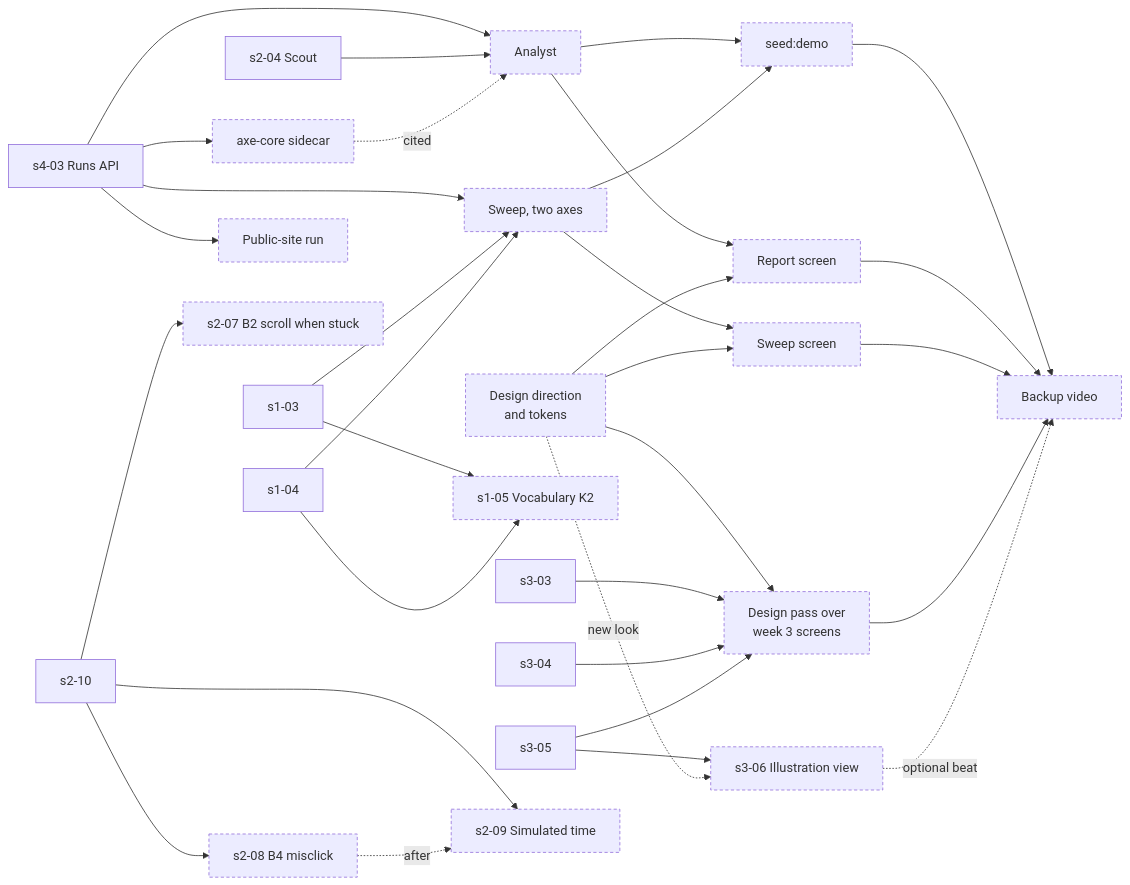
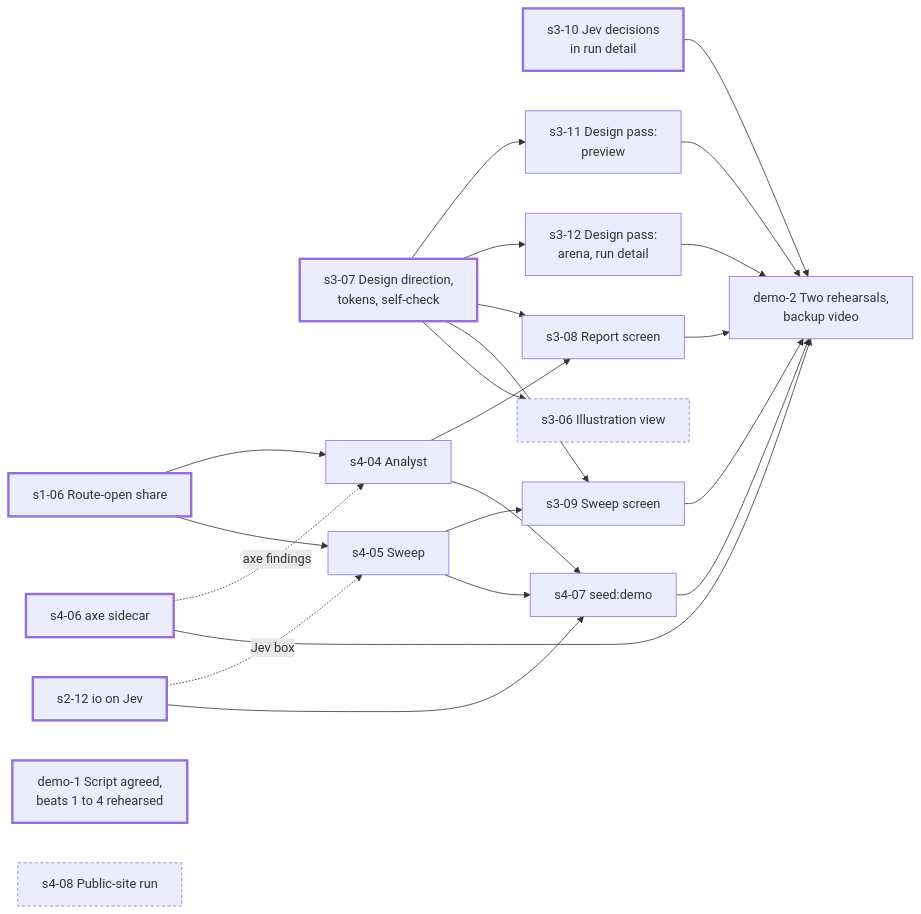
The diagram in docs/ROADMAP.md (CShark-Hub/wayford), drawn with Mermaid before and after one commit. The commit also changed other lines of this file and 24 other files, not shown here.

````diff
--- a/docs/ROADMAP.md
+++ b/docs/ROADMAP.md
@@ -186,63 +142,49 @@
 ```mermaid
 flowchart LR
-  classDef prelim stroke-dasharray:4 3
+  classDef ready stroke-width:3px
+  classDef optional stroke-dasharray:4 3
 
-  s1_03["s1-03"]
-  s1_04["s1-04"]
-  s2_04["s2-04 Scout"]
-  s4_03["s4-03 Runs API"]
-  s3_03["s3-03"]
-  s3_04["s3-04"]
-  s3_05["s3-05"]
-  s2_10["s2-10"]
 
-  s1_05["s1-05 Vocabulary K2"]
-  design["Design direction<br/>and tokens"]
-  analyst["Analyst"]
-  report["Report screen"]
-  sweep["Sweep, two axes"]
-  sweepUI["Sweep screen"]
-  axe["axe-core sidecar"]
-  pass["Design pass over<br/>week 3 screens"]
-  demo["seed:demo"]
-  site["Public-site run"]
-  video["Backup video"]
+  s3_07["s3-07 Design direction,<br/>tokens, self-check"]
+  s1_06["s1-06 Route-open share"]
+  s4_06["s4-06 axe sidecar"]
+  s2_12["s2-12 io on Jev"]
+  s3_10["s3-10 Jev decisions<br/>in run detail"]
+  s4_04["s4-04 Analyst"]
+  s4_05["s4-05 Sweep"]
+  s3_11["s3-11 Design pass:<br/>preview"]
+  s3_12["s3-12 Design pass:<br/>arena, run detail"]
+  s3_08["s3-08 Report screen"]
+  s3_09["s3-09 Sweep screen"]
+  s4_07["s4-07 seed:demo"]
+  demo1["demo-1 Script agreed,<br/>beats 1 to 4 rehearsed"]
+  demo2["demo-2 Two rehearsals,<br/>backup video"]
+
   s3_06["s3-06 Illustration view"]
-  s2_07["s2-07 B2 scroll when stuck"]
-  s2_08["s2-08 B4 misclick"]
-  s2_09["s2-09 Simulated time"]
+  s4_08["s4-08 Public-site run"]
 
-  s1_03 --> s1_05
-  s1_04 --> s1_05
-  s4_03 --> analyst
-  s2_04 --> analyst
-  axe -. cited .-> analyst
-  s4_03 --> axe
-  s4_03 --> sweep
-  s1_03 --> sweep
-  s1_04 --> sweep
-  s4_03 --> site
-  analyst --> report
-  design --> report
-  sweep --> sweepUI
-  design --> sweepUI
-  design --> pass
-  s3_03 --> pass
-  s3_04 --> pass
-  s3_05 --> pass
-  analyst --> demo
-  sweep --> demo
-  demo --> video
-  report --> video
-  sweepUI --> video
-  pass --> video
-  s3_05 --> s3_06
-  design -. new look .-> s3_06
-  s3_06 -. optional beat .-> video
-  s2_10 --> s2_07
-  s2_10 --> s2_08
-  s2_10 --> s2_09
-  s2_08 -. after .-> s2_09
+  s1_06 --> s4_04
+  s1_06 --> s4_05
+  s4_06 -. axe findings .-> s4_04
+  s2_12 -. Jev box .-> s4_05
+  s3_07 --> s3_11
+  s3_07 --> s3_12
+  s4_04 --> s3_08
+  s3_07 --> s3_08
+  s4_05 --> s3_09
+  s3_07 --> s3_09
+  s4_04 --> s4_07
+  s4_05 --> s4_07
+  s2_12 --> s4_07
+  s4_07 --> demo2
+  s3_08 --> demo2
+  s3_09 --> demo2
+  s3_11 --> demo2
+  s3_12 --> demo2
+  s3_10 --> demo2
+  s4_06 --> demo2
+  s3_07 --> s3_06
 
-  class s1_05,design,analyst,report,sweep,sweepUI,axe,pass,demo,site,video,s3_06,s2_07,s2_08,s2_09 prelim
+  class s3_07,s1_06,s4_06,s2_12,s3_10,demo1 ready
+  class s3_06,s4_08 optional
 ```
````
